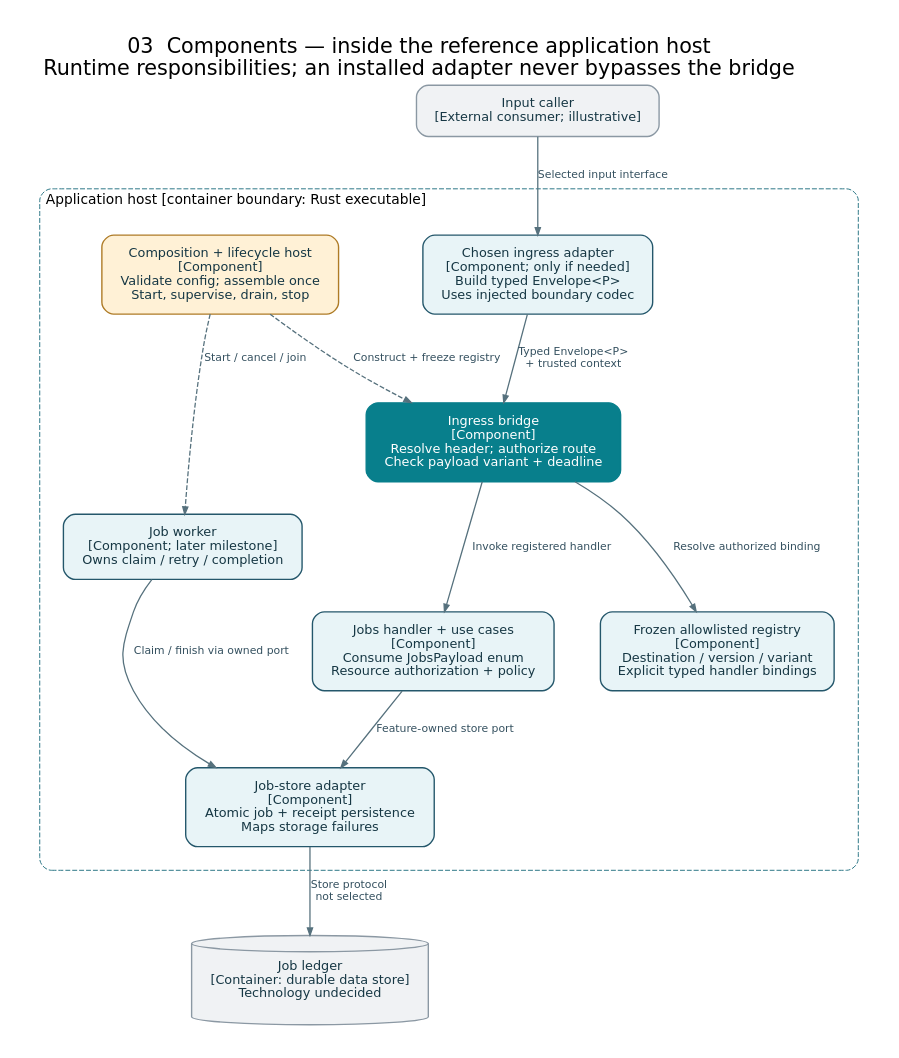
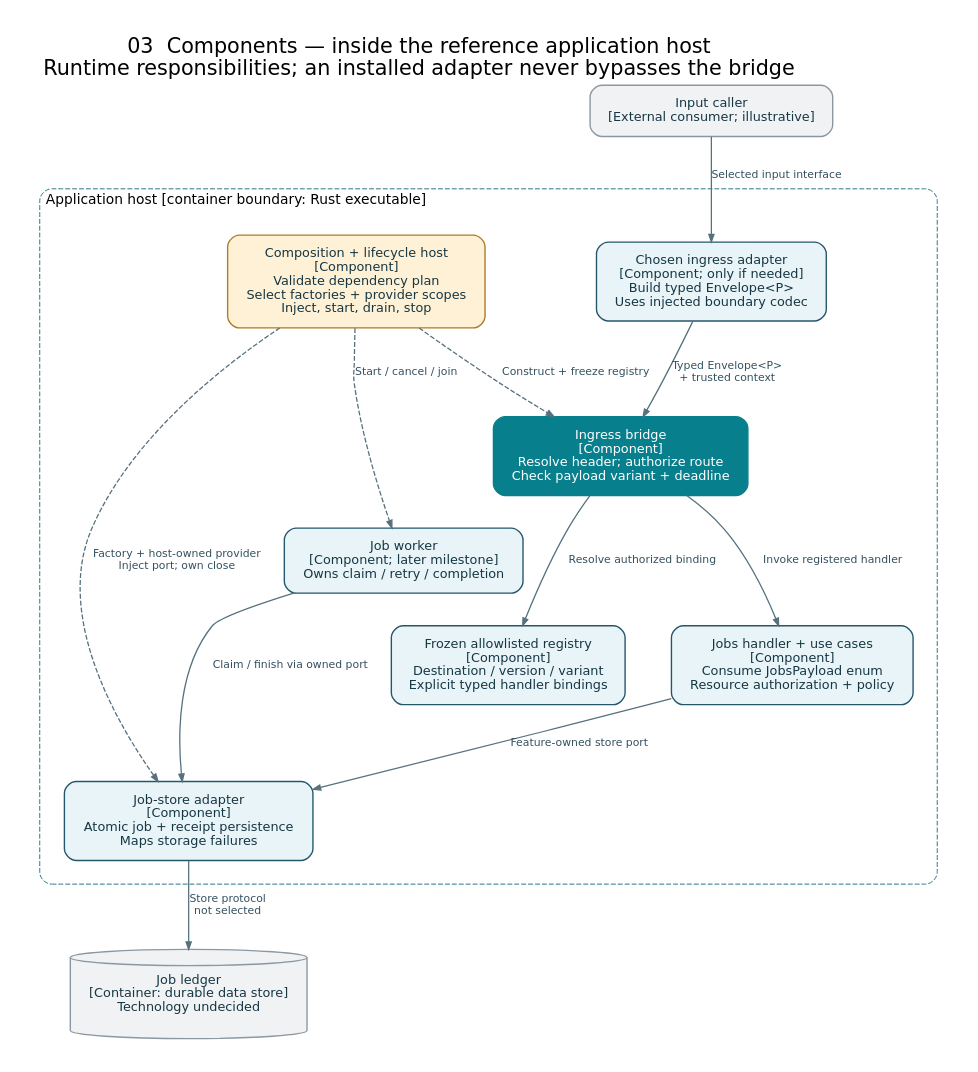
One commit to roachmaster/homelab changed the diagram in docs/architecture/diagrams/03-components.dot. Above: the diagram before and after it, drawn with Graphviz. The commit also changed 18 other files, not shown here.

Commit message:
Document provider-factory dependency injection and assembly contracts

```diff
--- a/docs/architecture/diagrams/03-components.dot
+++ b/docs/architecture/diagrams/03-components.dot
@@ -1,24 +1,25 @@
 digraph Components {
 graph [fontname="DejaVu Sans", fontsize=21, labelloc=t, labeljust=l, pad=0.35, nodesep=0.65, ranksep=0.9, bgcolor="white"]; node [shape=box, style="rounded,filled", fontname="DejaVu Sans", fontsize=13, margin="0.22,0.16", color="#24576b", fillcolor="#e8f4f7", fontcolor="#163744", penwidth=1.4]; edge [fontname="DejaVu Sans", fontsize=11, color="#56717d", fontcolor="#34505f", penwidth=1.3, arrowsize=0.75];
 rankdir=TB; label="03  Components — inside the reference application host\nRuntime responsibilities; an installed adapter never bypasses the bridge";
 caller [label="Input caller\n[External consumer; illustrative]", fillcolor="#f0f2f4", color="#8b98a3"];
 db [shape=cylinder, label="Job ledger\n[Container: durable data store]\nTechnology undecided", fillcolor="#f0f2f4", color="#8b98a3"];
 subgraph cluster_host { label="Application host [container boundary: Rust executable]"; fontname="DejaVu Sans"; fontsize=14; color="#2b7686"; style="rounded,dashed"; margin=24;
 adapter [label="Chosen ingress adapter\n[Component; only if needed]\nBuild typed Envelope<P>\nUses injected boundary codec"];
 bridge [label="Ingress bridge\n[Component]\nResolve header; authorize route\nCheck payload variant + deadline", fillcolor="#087f8c", color="#087f8c", fontcolor="white"];
 registry [label="Frozen allowlisted registry\n[Component]\nDestination / version / variant\nExplicit typed handler bindings"];
 handler [label="Jobs handler + use cases\n[Component]\nConsume JobsPayload enum\nResource authorization + policy"];
 persist [label="Job-store adapter\n[Component]\nAtomic job + receipt persistence\nMaps storage failures"];
 worker [label="Job worker\n[Component; later milestone]\nOwns claim / retry / completion"];
-host [label="Composition + lifecycle host\n[Component]\nValidate config; assemble once\nStart, supervise, drain, stop", fillcolor="#fff1d6", color="#ae7b26"];
+host [label="Composition + lifecycle host\n[Component]\nValidate dependency plan\nSelect factories + provider scopes\nInject, start, drain, stop", fillcolor="#fff1d6", color="#ae7b26"];
 adapter -> bridge [label="Typed Envelope<P>\n+ trusted context"];
 bridge -> registry [label="Resolve authorized binding"];
 bridge -> handler [label="Invoke registered handler"];
 handler -> persist [label="Feature-owned store port"];
 worker -> persist [label="Claim / finish via owned port"];
 host -> bridge [label="Construct + freeze registry", style=dashed];
 host -> worker [label="Start / cancel / join", style=dashed];
+host -> persist [label="Factory + host-owned provider\nInject port; own close", style=dashed];
 }
 caller -> adapter [label="Selected input interface"];
 persist -> db [label="Store protocol\nnot selected"];
 }
```
